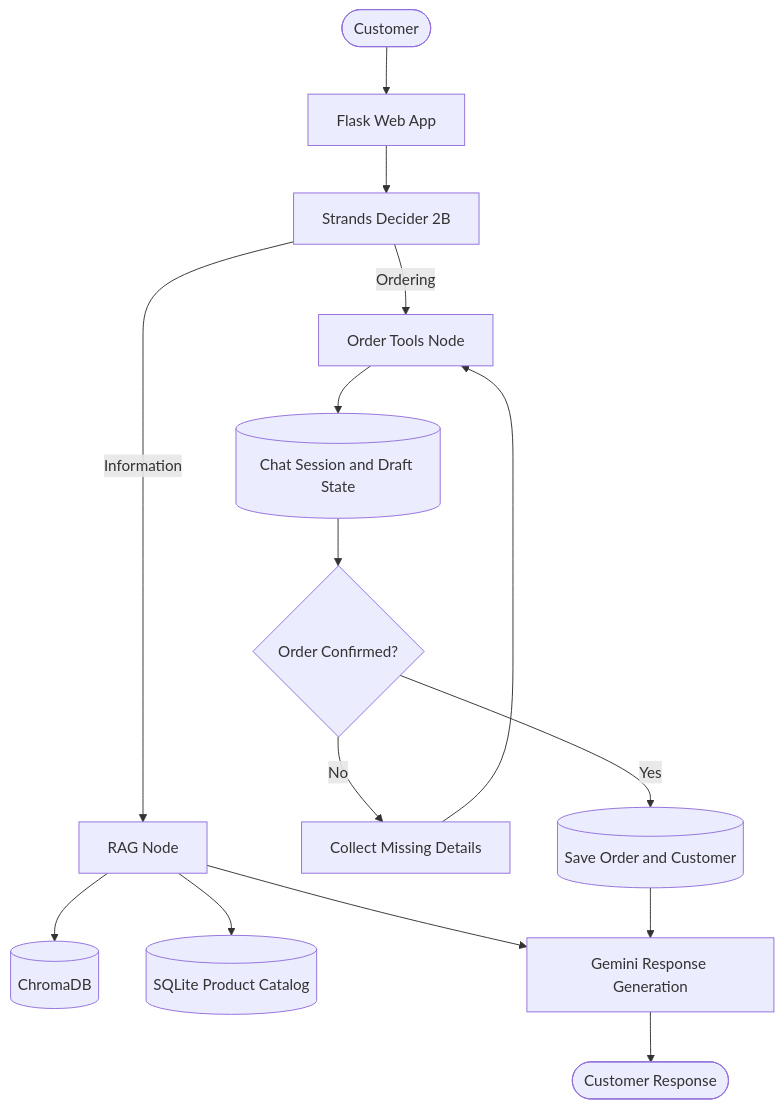
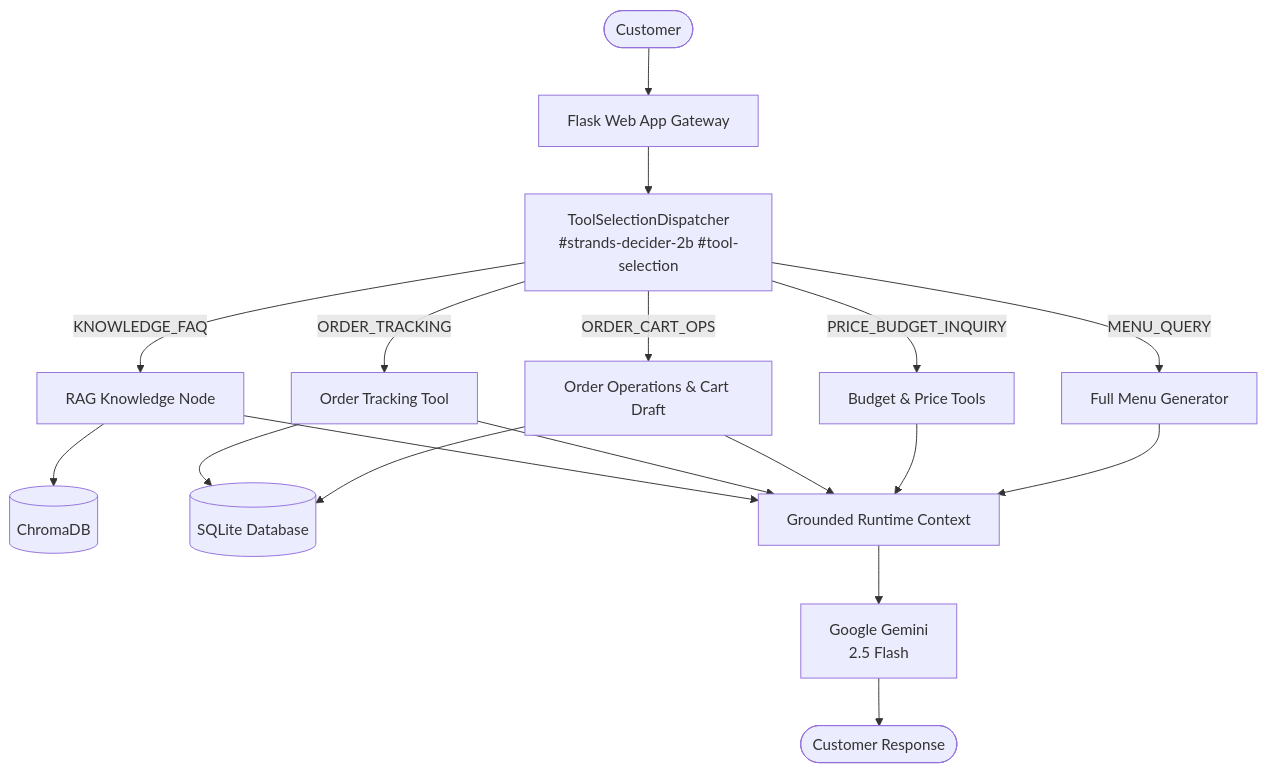
One commit to AbdelrahmanAhmed240/aws-restaurant-ai-hackathon changed the diagram in README.md. Above: the diagram before and after it, drawn with Mermaid. The commit also changed other lines of this file and 19 other files, not shown here.

Commit message:
feat: build restaurant AI agent with Strands Decider and Gemini

````diff
--- a/README.md
+++ b/README.md
@@ -21,20 +29,19 @@
 ```mermaid
 flowchart TD
-    User([Customer]) --> Flask[Flask Web App]
-    Flask --> Router[Strands Decider 2B]
-    Router -->|Information| RAG[RAG Node]
-    Router -->|Ordering| Order[Order Tools Node]
+    User([Customer]) --> Flask[Flask Web App Gateway]
+    Flask --> Dispatcher[ToolSelectionDispatcher\n#strands-decider-2b #tool-selection]
+    
+    Dispatcher -->|MENU_QUERY| Menu[Full Menu Generator]
+    Dispatcher -->|PRICE_BUDGET_INQUIRY| Price[Budget & Price Tools]
+    Dispatcher -->|ORDER_CART_OPS| Order[Order Operations & Cart Draft]
+    Dispatcher -->|ORDER_TRACKING| Track[Order Tracking Tool]
+    Dispatcher -->|KNOWLEDGE_FAQ| RAG[RAG Knowledge Node]
 
     RAG --> Chroma[(ChromaDB)]
-    RAG --> Products[(SQLite Product Catalog)]
-    RAG --> LLM[Gemini Response Generation]
+    Order --> SQLite[(SQLite Database)]
+    Track --> SQLite
 
-    Order --> Draft[(Chat Session and Draft State)]
-    Draft --> Validation{Order Confirmed?}
-    Validation -->|No| Collect[Collect Missing Details]
-    Collect --> Order
-    Validation -->|Yes| Commit[(Save Order and Customer)]
-    Commit --> LLM
-
-    LLM --> Response([Customer Response])
+    Menu & Price & Order & Track & RAG --> Ctx[Grounded Runtime Context]
+    Ctx --> Gemini[Google Gemini\n2.5 Flash]
+    Gemini --> Response([Customer Response])
 ```
````
